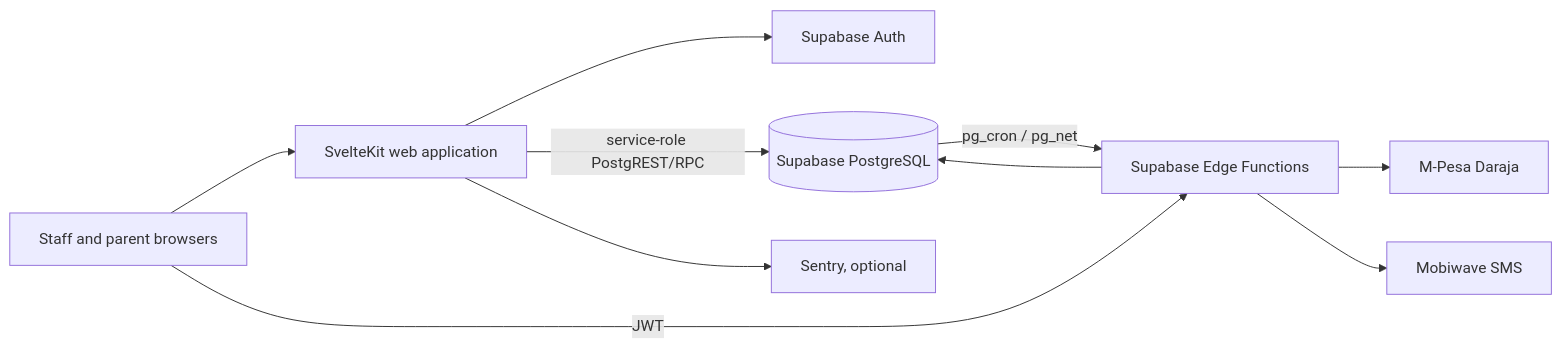
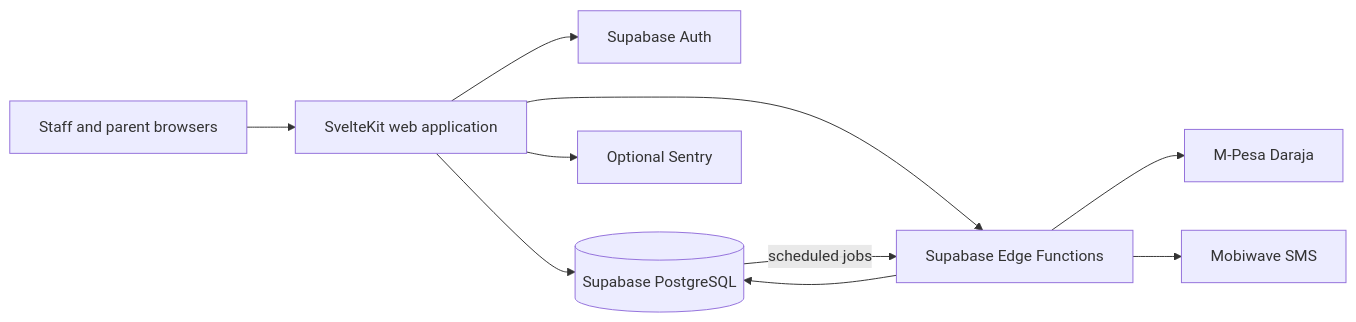
The diagram in README.md (malingib/ReClass), drawn with Mermaid before and after one commit. The commit also changed other lines of this file, not shown here.

````diff
--- a/README.md
+++ b/README.md
@@ -39,12 +86,12 @@
 ```mermaid
 flowchart LR
     U[Staff and parent browsers] --> W[SvelteKit web application]
     W --> A[Supabase Auth]
-    W -->|service-role PostgREST/RPC| D[(Supabase PostgreSQL)]
-    U -->|JWT| E[Supabase Edge Functions]
-    D -->|pg_cron / pg_net| E
+    W --> D[(Supabase PostgreSQL)]
+    W --> E[Supabase Edge Functions]
     E --> D
     E --> M[M-Pesa Daraja]
     E --> S[Mobiwave SMS]
-    W --> O[Sentry, optional]
+    D -->|scheduled jobs| E
+    W --> O[Optional Sentry]
 ```
````
